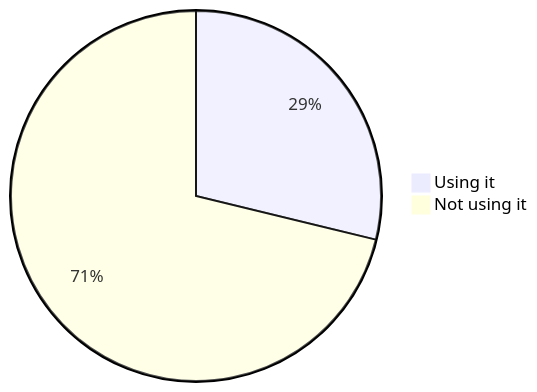
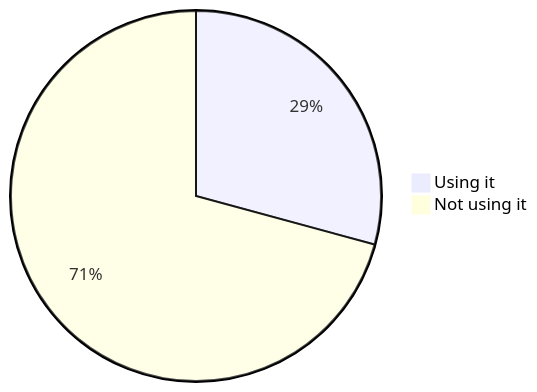
Before and after one commit to oshp/oshp-stats: diagram 16 of 22 in stats.md, drawn with Mermaid. The commit also changed other lines of this file, not shown here.

````diff
--- a/stats.md
+++ b/stats.md
@@ -190,6 +190,6 @@
 ```mermaid
 pie
-	"Using it" : 28.79
-	"Not using it" : 71.21
+	"Using it" : 29.22
+	"Not using it" : 70.78
 
 ```
````
